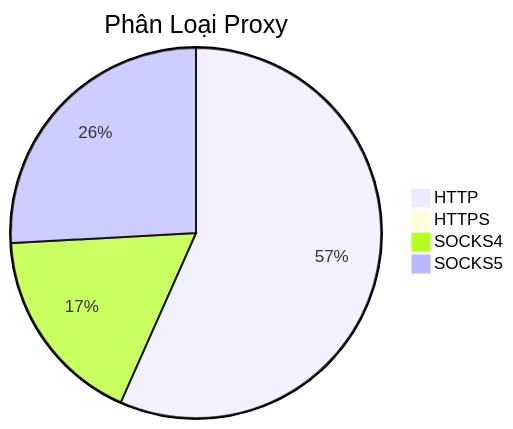
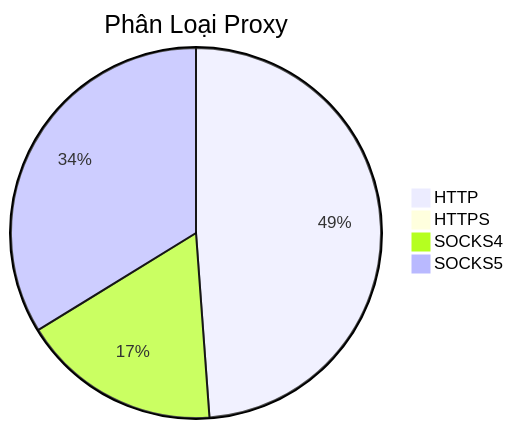
Before and after one commit to Ciara-12/PROXY-free: the diagram in README.md, drawn with Mermaid. The commit also changed other lines of this file and 3 other files, not shown here.

````diff
--- a/README.md
+++ b/README.md
@@ -26,7 +26,7 @@
 ```mermaid
 pie title Phân Loại Proxy
-    "HTTP" : 992
+    "HTTP" : 736
     "HTTPS" : 0
-    "SOCKS4" : 306
-    "SOCKS5" : 453
+    "SOCKS4" : 262
+    "SOCKS5" : 509
 ```
````
